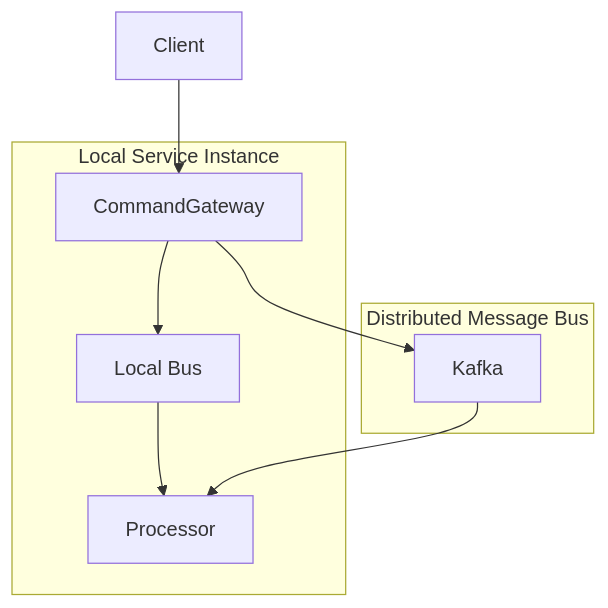
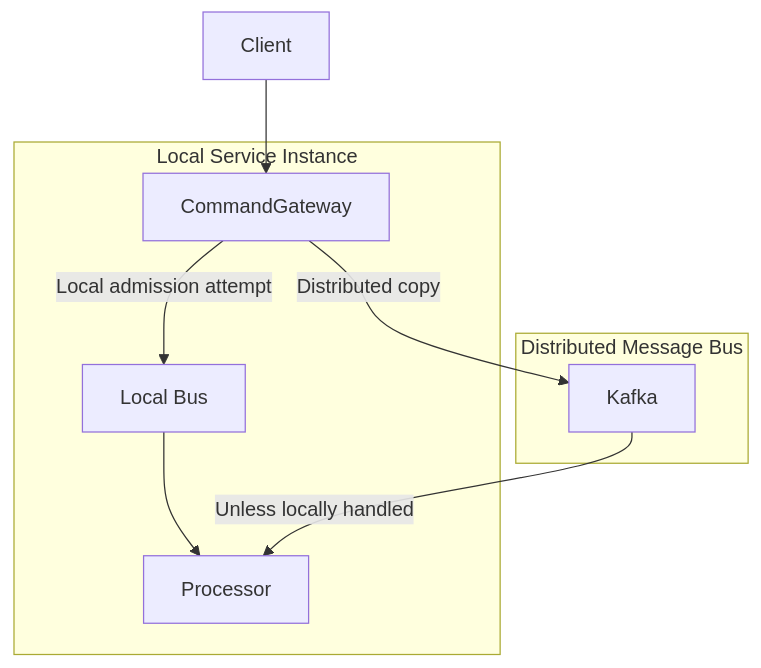
One commit to Ahoo-Wang/Wow changed the diagram in documentation/docs/en/reference/config/core.md. Above: the diagram before and after it, drawn with Mermaid. The commit also changed other lines of this file and 39 other files, not shown here.

````diff
--- a/documentation/docs/en/reference/config/core.md
+++ b/documentation/docs/en/reference/config/core.md
@@ -58,18 +58,18 @@
 ```mermaid
 flowchart TB
     subgraph Local["Local Service Instance"]
         CG[CommandGateway]
         LocalBus[Local Bus]
         Processor[Processor]
     end
 
     subgraph Distributed["Distributed Message Bus"]
         Kafka[Kafka]
     end
 
     Client --> CG
-    CG --> LocalBus
-    CG --> Kafka
+    CG -->|Local admission attempt| LocalBus
+    CG -->|Distributed copy| Kafka
     LocalBus --> Processor
-    Kafka --> Processor
+    Kafka -->|Unless locally handled| Processor
 ```
````
